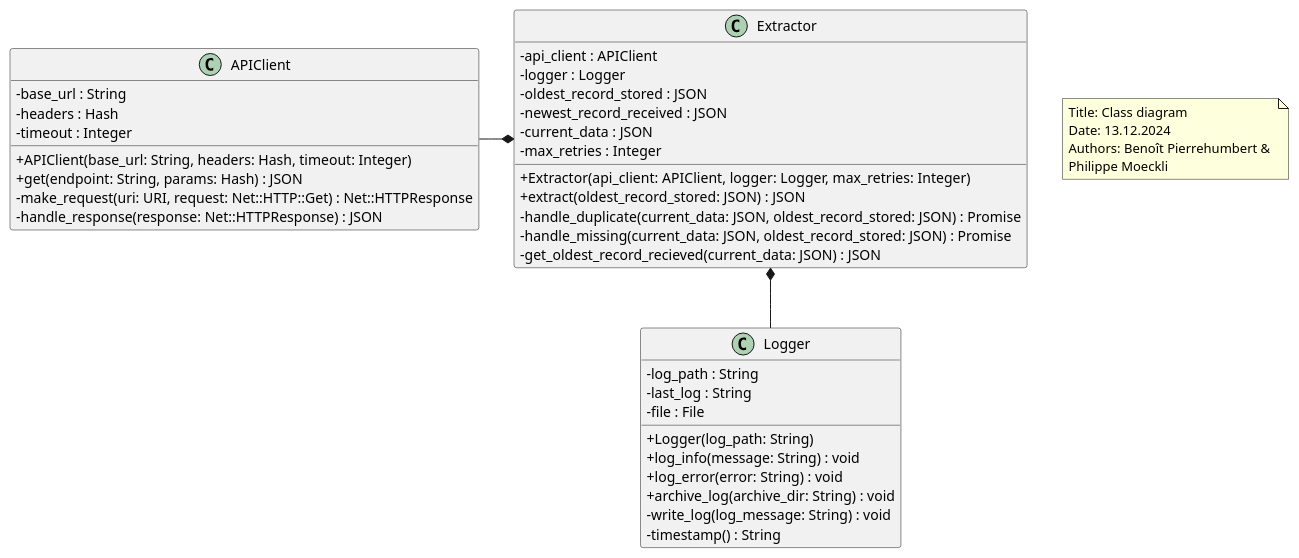
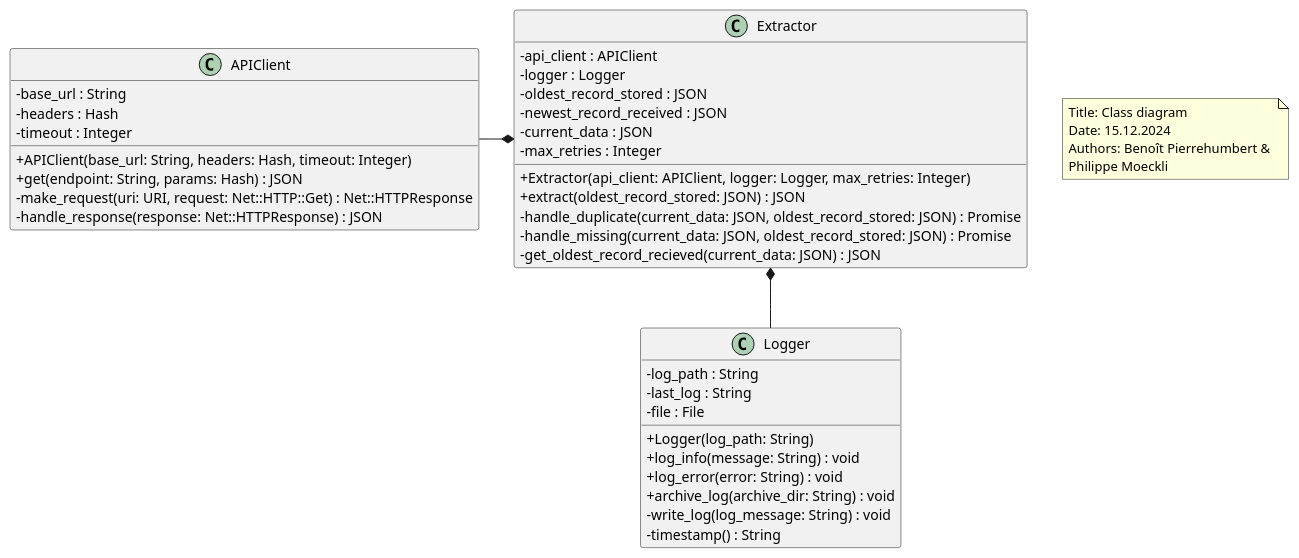
The diagram in docs/class_diagram.puml (CPNV-ES-BI1-SBB/EXTERNAL-SOURCE-EXTRACT), drawn with PlantUML before and after one commit. The commit also changed 3 other files, not shown here.

First line of the commit message:
docs: generate new updated png for diagrams

```diff
--- a/docs/class_diagram.puml
+++ b/docs/class_diagram.puml
@@ -1,49 +1,49 @@
 @startuml
 
 skinparam classAttributeIconSize 0
 class Extractor {
   - api_client : APIClient
   - logger : Logger
   - oldest_record_stored : JSON
   - newest_record_received : JSON
   - current_data : JSON
   - max_retries : Integer
   + Extractor(api_client: APIClient, logger: Logger, max_retries: Integer)
   + extract(oldest_record_stored: JSON) : JSON
   - handle_duplicate(current_data: JSON, oldest_record_stored: JSON) : Promise
   - handle_missing(current_data: JSON, oldest_record_stored: JSON) : Promise
   - get_oldest_record_recieved(current_data: JSON) : JSON
 }
 
 class APIClient {
   - base_url : String
   - headers : Hash
   - timeout : Integer
   + APIClient(base_url: String, headers: Hash, timeout: Integer)
   + get(endpoint: String, params: Hash) : JSON
   - make_request(uri: URI, request: Net::HTTP::Get) : Net::HTTPResponse
   - handle_response(response: Net::HTTPResponse) : JSON
 }
 
 class Logger {
   - log_path : String
   - last_log : String
   - file : File
   + Logger(log_path: String)
   + log_info(message: String) : void
   + log_error(error: String) : void
   + archive_log(archive_dir: String) : void
   - write_log(log_message: String) : void
   - timestamp() : String
 }
 
 Logger -up-*  Extractor
 APIClient -right-*  Extractor
 
 note as N1
   Title: Class diagram
-  Date: 13.12.2024
+  Date: 15.12.2024
   Authors: Benoît Pierrehumbert & 
   Philippe Moeckli
 end note
 @enduml
```
